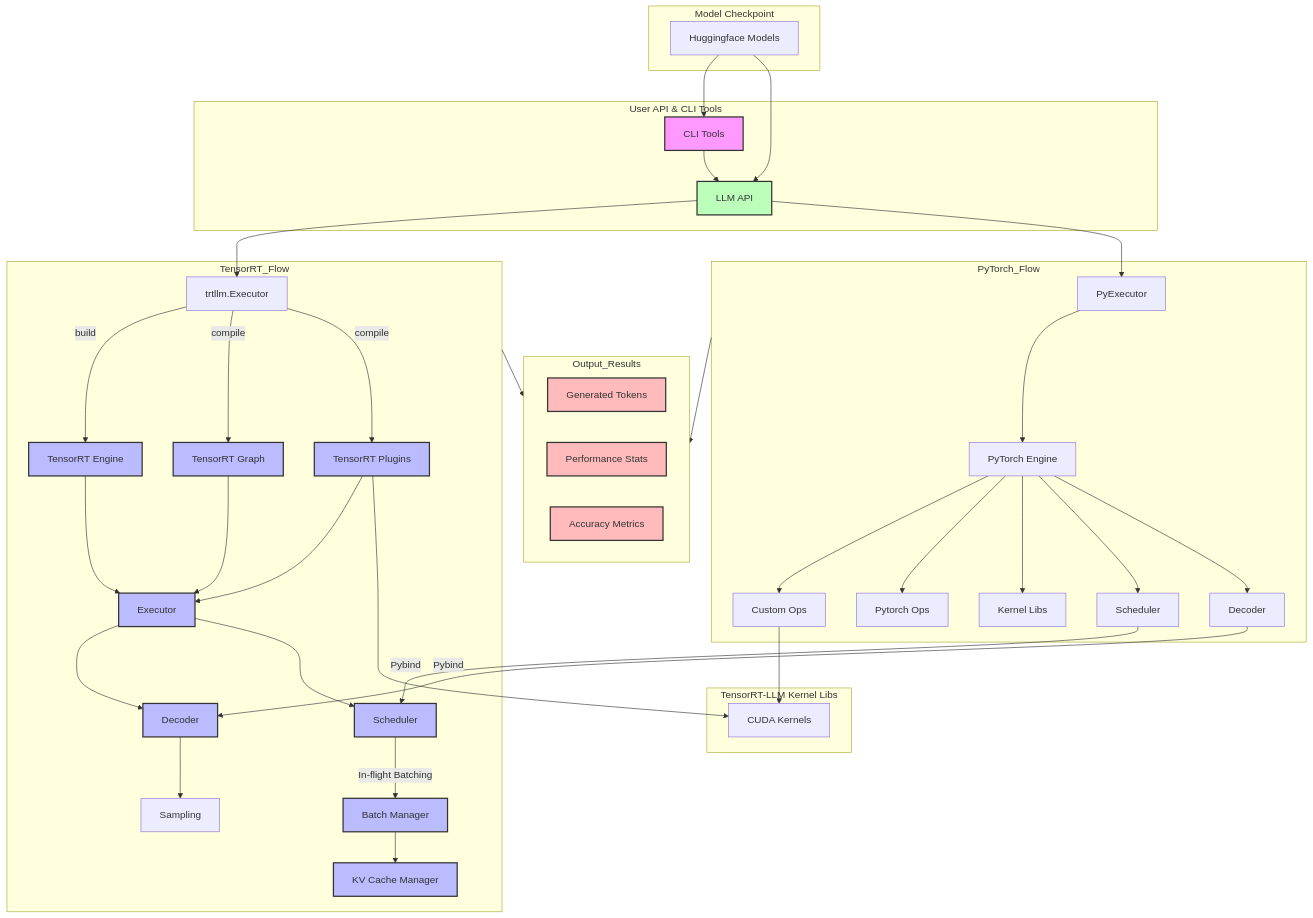
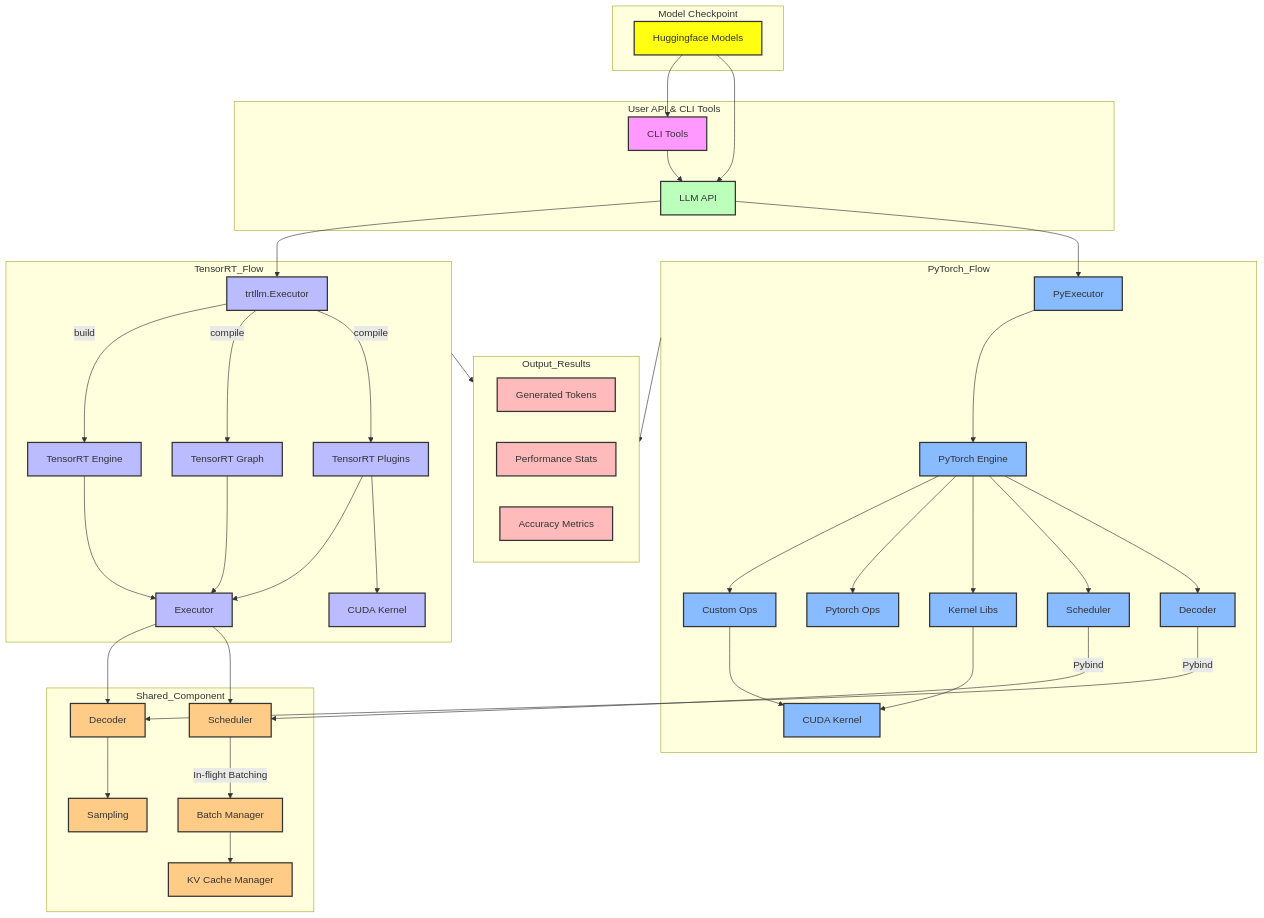
One commit to NVIDIA/TensorRT-LLM changed the diagram in .github/tava_architecture_diagram.md. Above: the diagram before and after it, drawn with Mermaid.

Commit message:
update tava_architecture_diagram based on feedback

```diff
--- a/.github/tava_architecture_diagram.md
+++ b/.github/tava_architecture_diagram.md
@@ -10,7 +10,6 @@
         Checkpoint[Huggingface Models]
         Checkpoint --> CLI
         Checkpoint --> LLMAPI
-
     end
 
     subgraph "TensorRT_Flow"
@@ -18,6 +17,8 @@
         Engine[TensorRT Engine]
         TRTGraph[TensorRT Graph]
         Plugins[TensorRT Plugins]
+        cudaKernel[CUDA Kernel]
+        Executor[Executor]
         LLMAPI --> trtllmExecutor
         trtllmExecutor --> |build|Engine
         trtllmExecutor --> |compile|TRTGraph
@@ -25,11 +26,7 @@
         Engine --> Executor
         Plugins --> Executor
         TRTGraph --> Executor
-        Executor --> Decoder[Decoder]
-        Decoder --> Sampling[Sampling]
-        Executor --> Scheduler[Scheduler]
-        Scheduler --> |In-flight Batching| BatchManager[Batch Manager]
-        BatchManager --> KVCache[KV Cache Manager]
+        Plugins --> cudaKernel
     end
 
     subgraph "PyTorch_Flow"
@@ -38,20 +35,33 @@
         CustomOps[Custom Ops]
         PyTorchOps[Pytorch Ops]
         KernelLibs[Kernel Libs]
+        PyScheduler[Scheduler]
+        PyDecoder[Decoder]
+        CUDAKernel[CUDA Kernel]
         LLMAPI --> PyExecutor
         PyExecutor --> PyEngine[PyTorch Engine]
         PyEngine --> CustomOps
         PyEngine --> PyTorchOps
         PyEngine --> KernelLibs
-        PyEngine --> PyScheduler[Scheduler]
-        PyEngine --> PyDecoder[Decoder]
-        PyScheduler --> |Pybind|Scheduler
-        PyDecoder --> |Pybind|Decoder
-        
+        PyEngine --> PyScheduler
+        PyEngine --> PyDecoder
+        KernelLibs --> CUDAKernel
+        CustomOps --> CUDAKernel
     end
 
-    subgraph "TensorRT-LLM Kernel Libs"
-        cudaKernel[CUDA Kernels]
+    subgraph "Shared_Component"
+        Shared_Decoder[Decoder]
+        Shared_Scheduler[Scheduler]
+        Sampling[Sampling]
+        BatchManager[Batch Manager]
+        KVCache[KV Cache Manager]
+        PyScheduler --> |Pybind|Shared_Scheduler
+        PyDecoder --> |Pybind|Shared_Decoder
+        Executor --> Shared_Decoder
+        Shared_Decoder --> Sampling
+        Executor --> Shared_Scheduler[Scheduler]
+        Shared_Scheduler --> |In-flight Batching| BatchManager
+        BatchManager --> KVCache
     end
 
     subgraph "Output_Results"
@@ -60,19 +70,33 @@
         Metrics[Accuracy Metrics]
     end
 
+    %% PyTorch_Flow ~~~ TensorRT_Flow 
+
     TensorRT_Flow --> Output_Results
     PyTorch_Flow --> Output_Results
 
-    CustomOps --> cudaKernel
-    Plugins --> cudaKernel
+    %% Force Output_Results to be between PyTorch_flow and TensorRT_flow
+    PyTorch_Flow ~~~ Output_Results
+
+    %% Model checkpoint format
+    classDef checkpoint fill:#ff1,stroke:#333,stroke-width:2px;
+    class Checkpoint checkpoint;
 
     %% CLI tools format
     classDef cli fill:#f9f,stroke:#333,stroke-width:2px;
     class CLI cli;
     
     %% TRT flow format
-    classDef component fill:#bbf,stroke:#333,stroke-width:2px;
-    class TRTGraph,Plugins,Engine,Executor,Decoder,Scheduler,BatchManager,KVCache component;
+    classDef trt fill:#bbf,stroke:#333,stroke-width:2px;
+    class trtllmExecutor,TRTGraph,Plugins,Engine,Executor,cudaKernel trt;
+
+    %% PyTorch flow format
+    classDef pytorch fill:#8bf,stroke:#333,stroke-width:2px;
+    class PyExecutor,PyEngine,CustomOps,PyTorchOps,KernelLibs,PyScheduler,PyDecoder,CUDAKernel pytorch;
+
+    %% Shared Componnet format
+    classDef component fill:#fc8,stroke:#333,stroke-width:2px;
+    class Shared_Decoder,Sampling,Shared_Scheduler,BatchManager,KVCache component;
     
     %% APIs format
     classDef api fill:#bfb,stroke:#333,stroke-width:2px;
```
